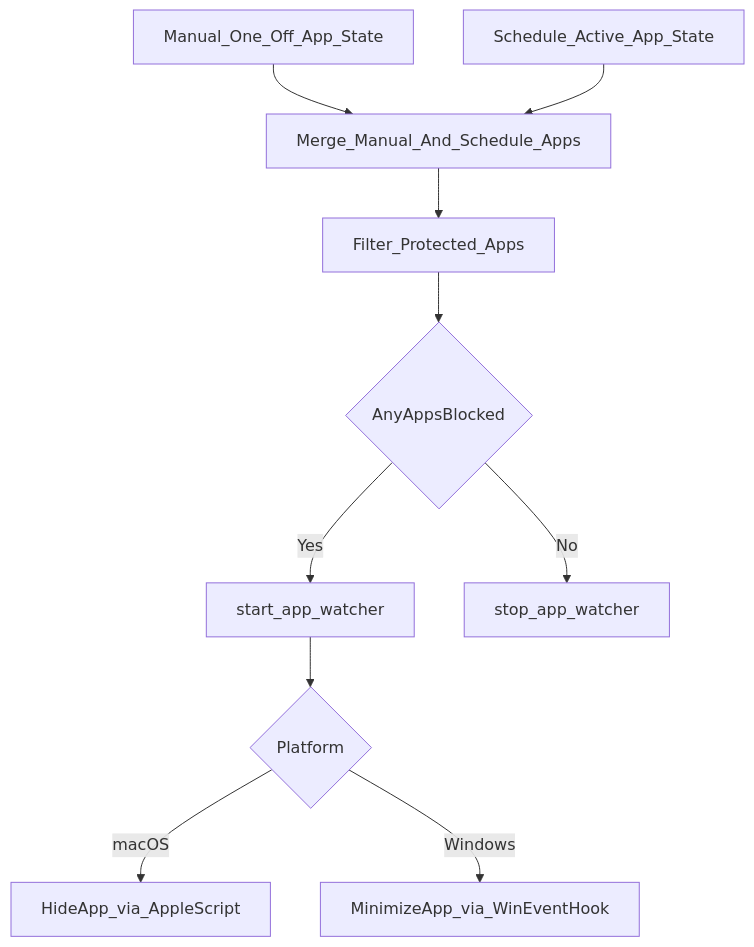
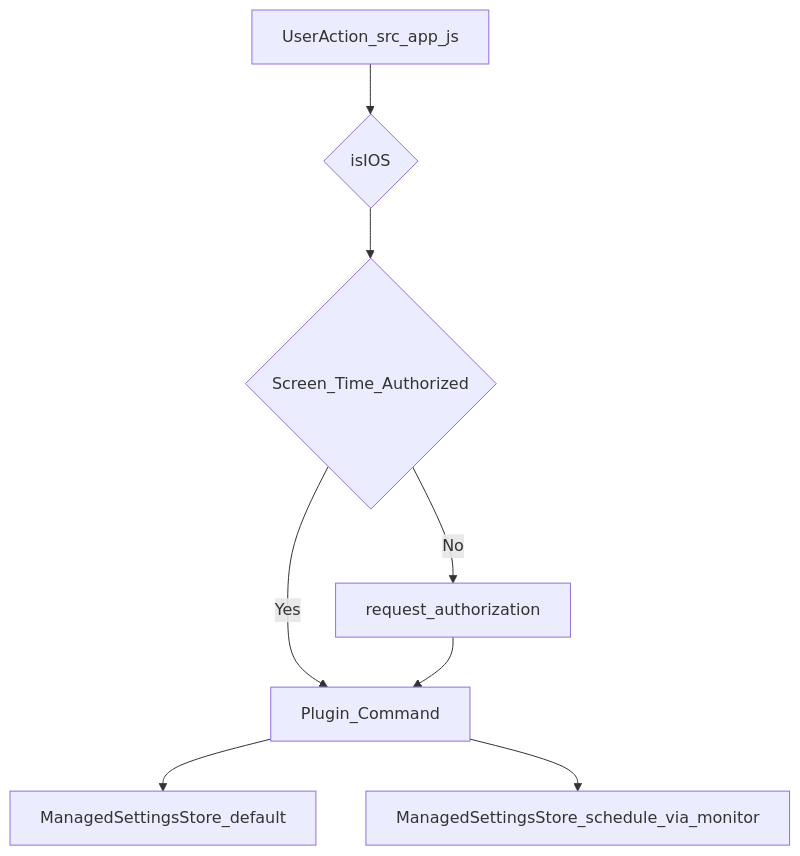
One commit to kasnder/redd-block changed the third of 5 diagrams in architecture.md. Above: the diagram before and after it, drawn with Mermaid. The commit also changed other lines of this file and 7 other files, not shown here.

First line of the commit message:
Release v3.0.0 and rewrite architecture docs for the Automation era.

````diff
--- a/architecture.md
+++ b/architecture.md
@@ -357,12 +477,10 @@
 ```mermaid
 flowchart TD
-    manualApps[Manual_One_Off_App_State] --> mergeApps[Merge_Manual_And_Schedule_Apps]
-    scheduleApps[Schedule_Active_App_State] --> mergeApps
-    mergeApps --> filterApps[Filter_Protected_Apps]
-    filterApps --> watcherNeed{AnyAppsBlocked}
-    watcherNeed -->|Yes| startWatcher[start_app_watcher]
-    watcherNeed -->|No| stopWatcher[stop_app_watcher]
-    startWatcher --> platformImpl{Platform}
-    platformImpl -->|macOS| macHide[HideApp_via_AppleScript]
-    platformImpl -->|Windows| winMin[MinimizeApp_via_WinEventHook]
+    ui[UserAction_src_app_js] --> ios{isIOS}
+    ios --> auth{Screen_Time_Authorized}
+    auth -->|No| req[request_authorization]
+    auth -->|Yes| cmd[Plugin_Command]
+    req --> cmd
+    cmd --> manual[ManagedSettingsStore_default]
+    cmd --> sched[ManagedSettingsStore_schedule_via_monitor]
 ```
````
